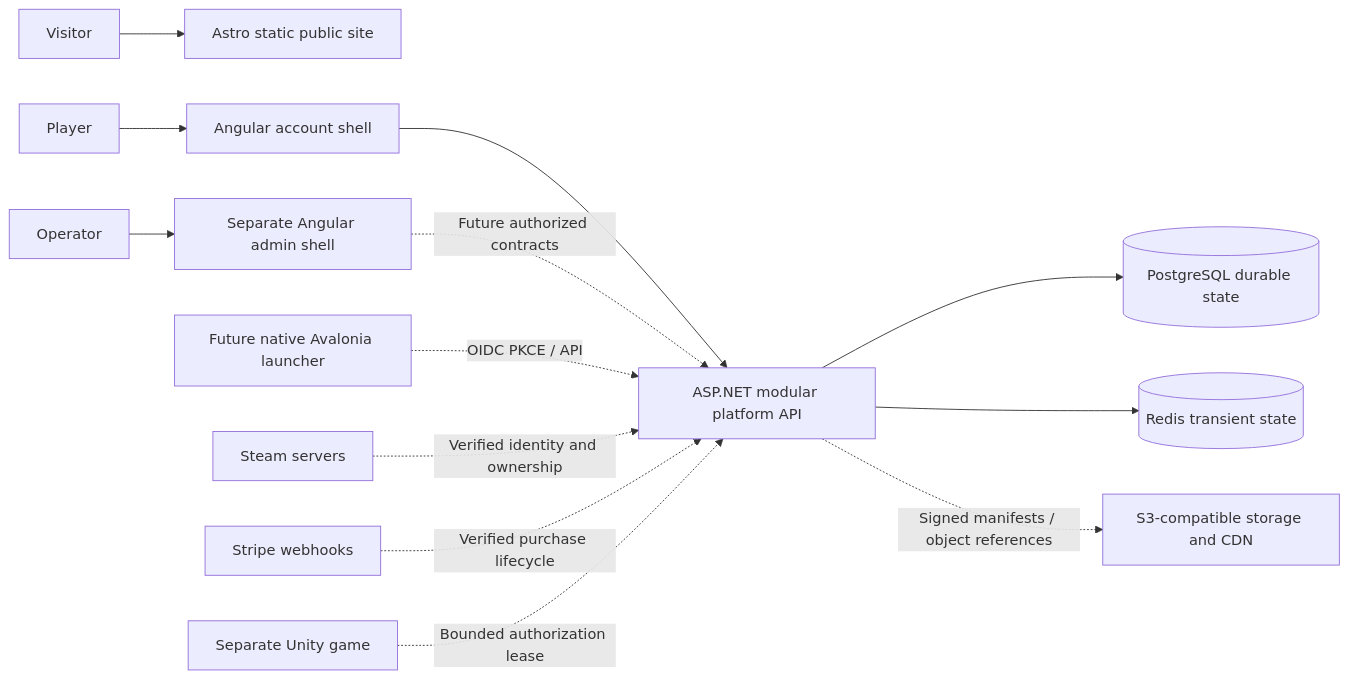
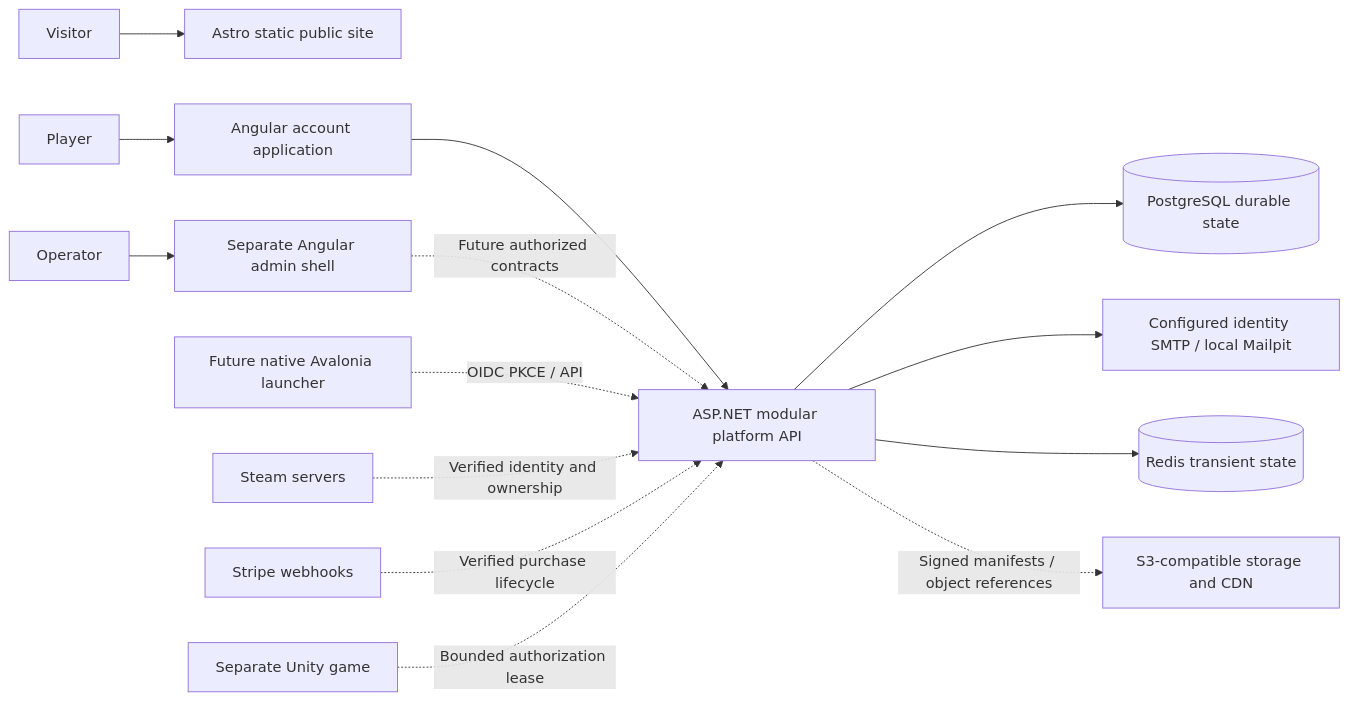
One commit to macmma322/Caelora-website changed the diagram in design-docs/architecture/platform-overview.md. Above: the diagram before and after it, drawn with Mermaid. The commit also changed other lines of this file and 4 other files, not shown here.

````diff
--- a/design-docs/architecture/platform-overview.md
+++ b/design-docs/architecture/platform-overview.md
@@ -7,15 +7,16 @@
 ```mermaid
 flowchart LR
   Visitor --> Web[Astro static public site]
-  Player --> Account[Angular account shell]
+  Player --> Account[Angular account application]
   Operator --> Admin[Separate Angular admin shell]
   Account --> API[ASP.NET modular platform API]
   Admin -. Future authorized contracts .-> API
   API --> DB[(PostgreSQL durable state)]
+  API --> Mail[Configured identity SMTP / local Mailpit]
   API --> Cache[(Redis transient state)]
   Launcher[Future native Avalonia launcher] -. OIDC PKCE / API .-> API
   Steam[Steam servers] -. Verified identity and ownership .-> API
   Stripe[Stripe webhooks] -. Verified purchase lifecycle .-> API
   API -. Signed manifests / object references .-> Storage[S3-compatible storage and CDN]
   Unity[Separate Unity game] -. Bounded authorization lease .-> API
 ```
````
